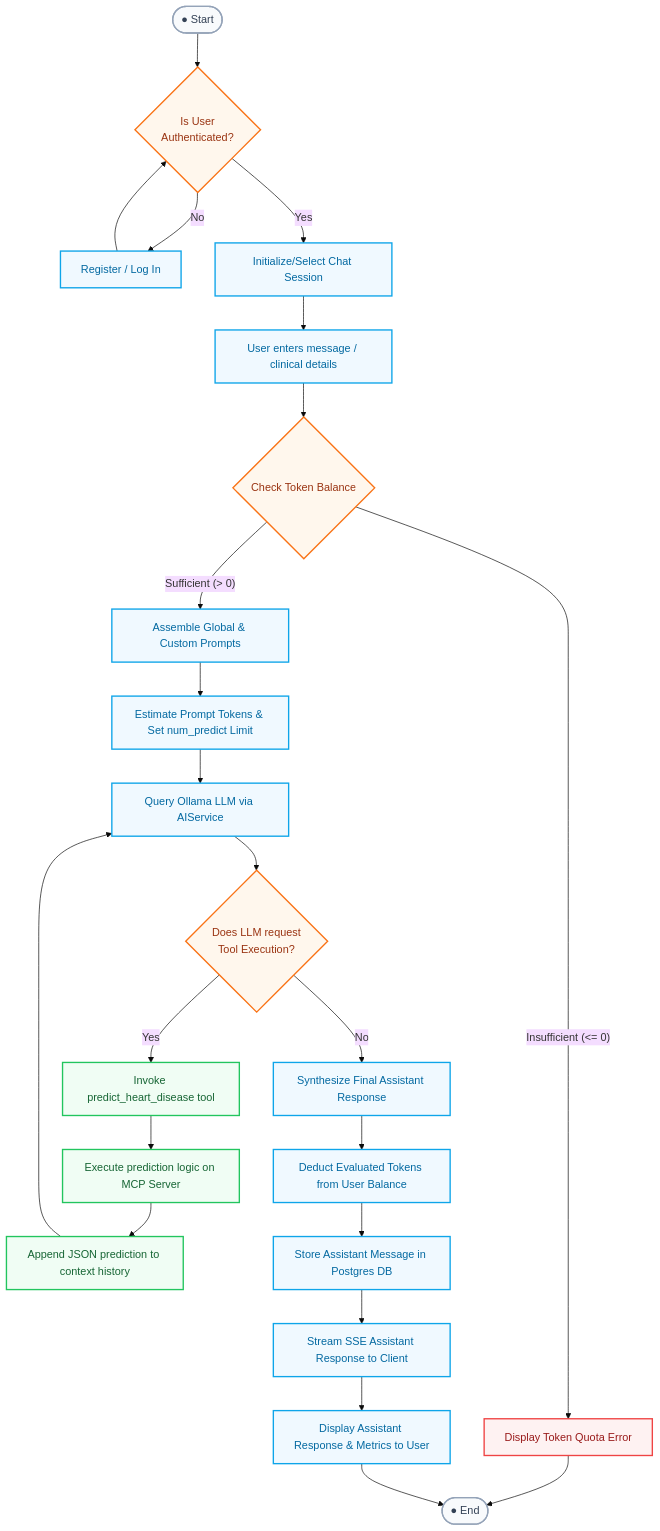
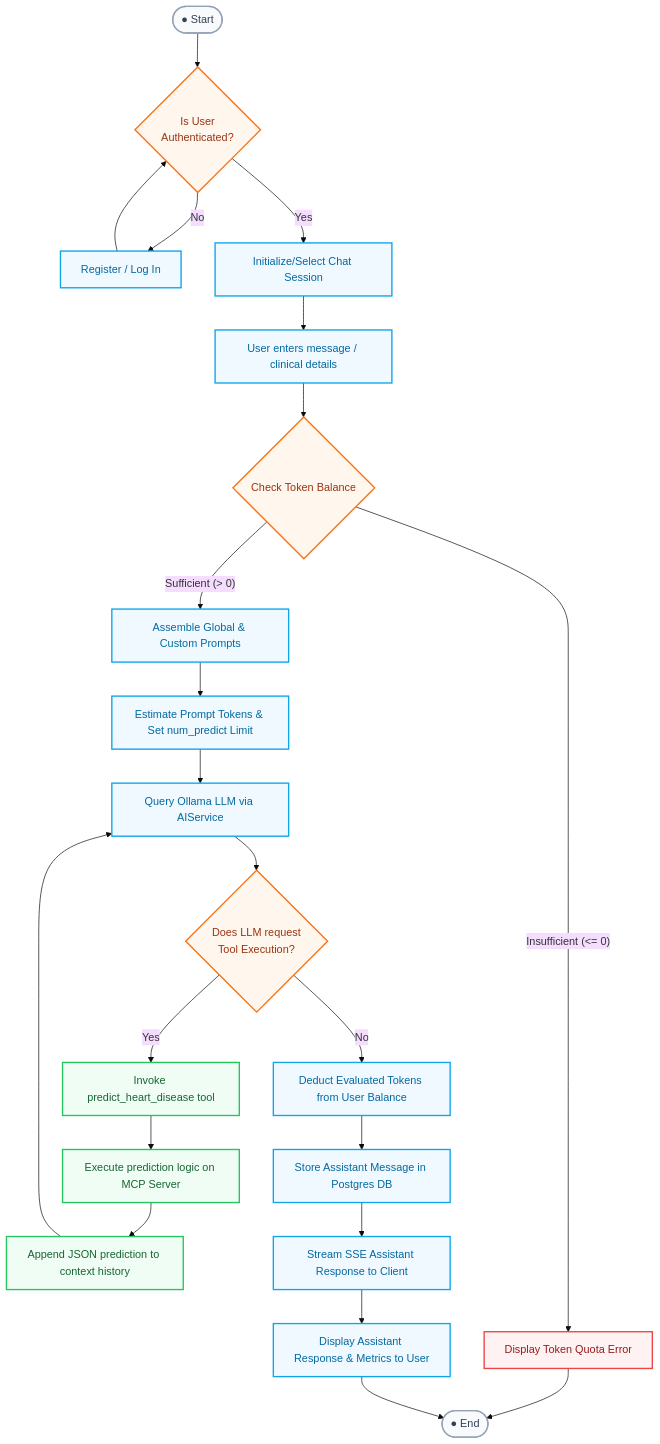
The eighth of 8 diagrams in docs/diagrams.md (mohabzalat22/heart-disease), drawn with Mermaid (base theme) before and after one commit.

Commit message:
doc: fixing flow issue (activity diagram)

````diff
--- a/docs/diagrams.md
+++ b/docs/diagrams.md
@@ -537,46 +537,44 @@
 ```mermaid
 flowchart TD
     %% Define nodes and flow
     Start([● Start]) --> AuthCheck{Is User<br/>Authenticated?}
 
     AuthCheck -- No --> SignUp[Register / Log In] --> AuthCheck
     AuthCheck -- Yes --> Session[Initialize/Select Chat Session]
 
     Session --> InputMsg[User enters message / clinical details]
     InputMsg --> CheckTokens{Check Token Balance}
 
     CheckTokens -- Insufficient (<= 0) --> Reject[Display Token Quota Error]
     Reject --> End([● End])
 
     CheckTokens -- Sufficient (> 0) --> PromptComp[Assemble Global & Custom Prompts]
     PromptComp --> EvalTokens[Estimate Prompt Tokens & Set num_predict Limit]
     EvalTokens --> ModelCall[Query Ollama LLM via AIService]
 
     ModelCall --> ToolDecision{Does LLM request<br/>Tool Execution?}
 
     ToolDecision -- Yes --> CallTool[Invoke predict_heart_disease tool]
     CallTool --> MCPEval[Execute prediction logic on MCP Server]
     MCPEval --> ReturnResult[Append JSON prediction to context history]
     ReturnResult --> ModelCall
 
-    ToolDecision -- No --> GenerateResp[Synthesize Final Assistant Response]
-
-    GenerateResp --> LedgerSync[Deduct Evaluated Tokens from User Balance]
-    LedgerSync --> SaveMsg[Store Assistant Message in Postgres DB]
+    ToolDecision -- No --> LedgerSync[Deduct Evaluated Tokens from User Balance]
     SaveMsg --> StreamOutput[Stream SSE Assistant Response to Client]
     StreamOutput --> Display[Display Assistant Response & Metrics to User]
+    LedgerSync --> SaveMsg[Store Assistant Message in Postgres DB]
     Display --> End
 
     %% Styling & Aesthetics
     classDef startEnd fill:#f8fafc,stroke:#94a3b8,stroke-width:2px,color:#334155;
     classDef action fill:#f0f9ff,stroke:#0ea5e9,stroke-width:2px,color:#0369a1;
     classDef decision fill:#fff7ed,stroke:#f97316,stroke-width:2px,color:#9a3412;
     classDef error fill:#fef2f2,stroke:#ef4444,stroke-width:2px,color:#991b1b;
     classDef mcp fill:#f0fdf4,stroke:#22c55e,stroke-width:2px,color:#166534;
 
     class Start,End startEnd;
     class SignUp,Session,InputMsg,PromptComp,EvalTokens,ModelCall,GenerateResp,LedgerSync,SaveMsg,StreamOutput,Display action;
     class AuthCheck,CheckTokens,ToolDecision decision;
     class Reject error;
     class CallTool,MCPEval,ReturnResult mcp;
 ```
````
